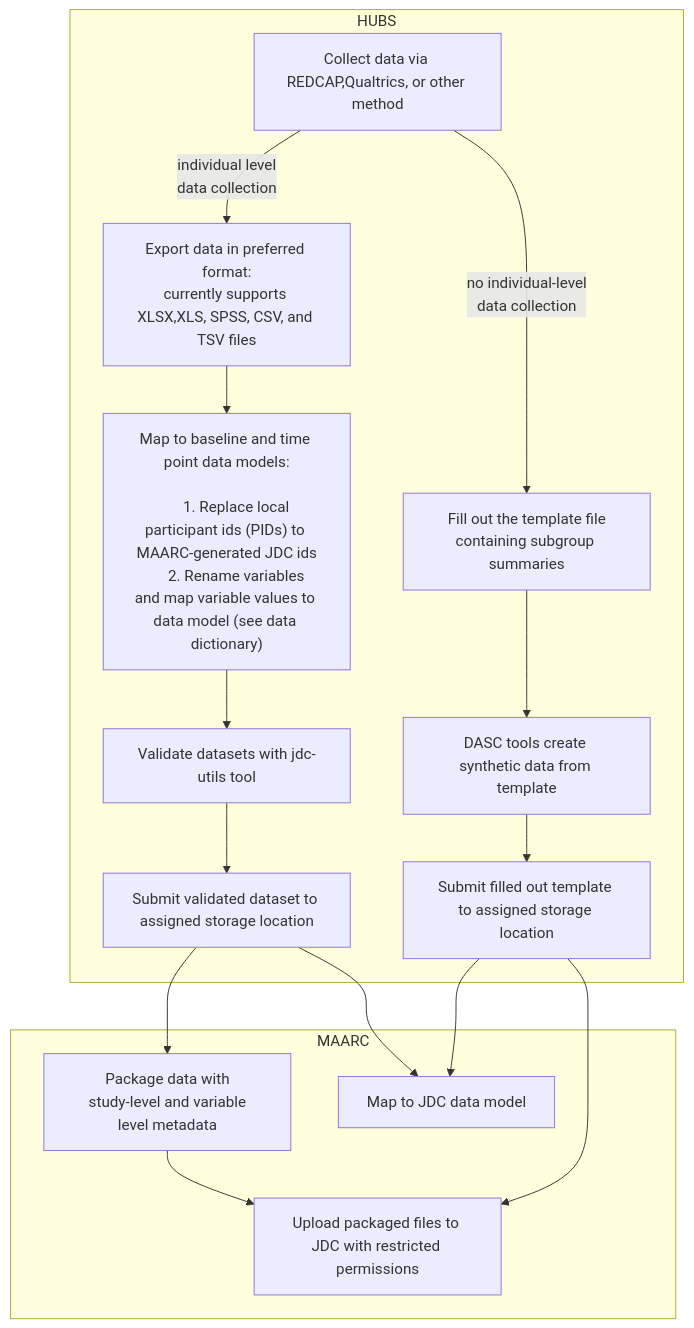
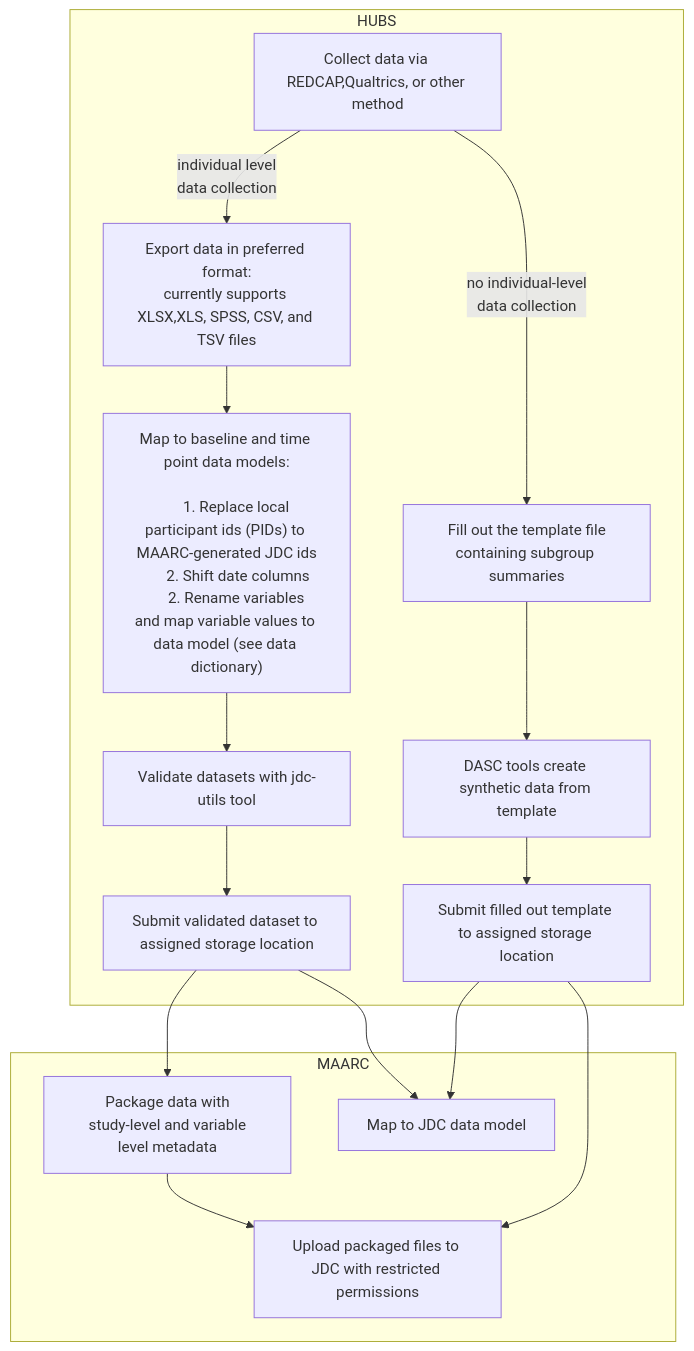
One commit to norc-heal/jdc-docs-public changed the diagram in docs/submission.md. Above: the diagram before and after it, drawn with Mermaid. The commit also changed other lines of this file and 9 other files, not shown here.

````diff
--- a/docs/submission.md
+++ b/docs/submission.md
@@ -26,31 +26,32 @@
 ```mermaid
 flowchart TB
 
 subgraph HUBS
    collect[Collect data via REDCAP,Qualtrics, or other method];
    export[Export data in preferred format:\ncurrently supports XLSX,XLS, SPSS, CSV, and TSV files];
    summary[Fill out the template file\ncontaining subgroup summaries];
    map["Map to baseline and time point data models:\n
       1. Replace local participant ids (PIDs) to MAARC-generated JDC ids
+      2. Shift date columns
       2. Rename variables and map variable values to data model (see data dictionary)"];
    validate["Validate datasets with jdc-utils tool"];
    individual_submit["Submit validated dataset to assigned storage location"];
    template_submit["Submit filled out template to assigned storage location"];
    send[DASC tools create synthetic data from template]
 
    collect -- no individual-level\ndata collection --> summary --> send --> template_submit
    collect -- individual level\ndata collection --> export --> map --> validate --> individual_submit
 end;
 
 subgraph MAARC 
    maarc_submit[Upload packaged files to JDC with restricted permissions];
    package_file["Package data with\n study-level and variable level metadata"];
    map_to_JDC["Map to JDC data model"];
 
    individual_submit --> package_file --> maarc_submit
    template_submit --> maarc_submit
 
    individual_submit --> map_to_JDC
    template_submit --> map_to_JDC
 end;
 ```
````
